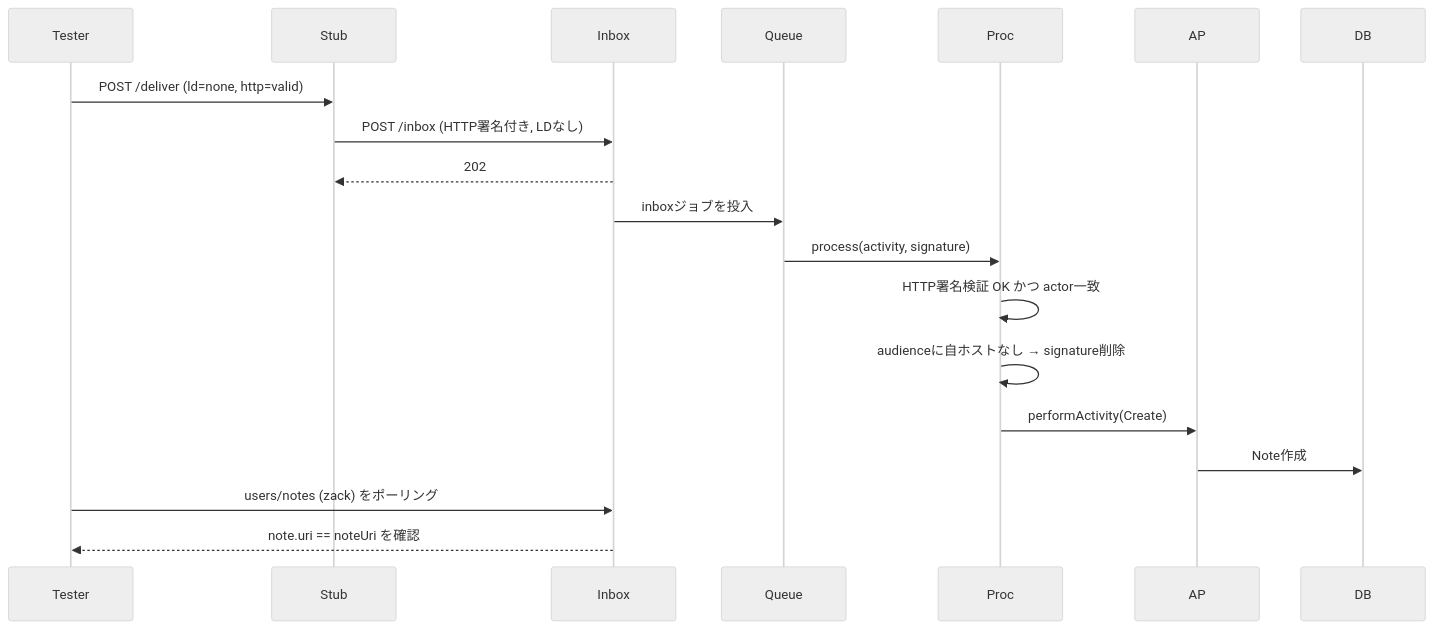
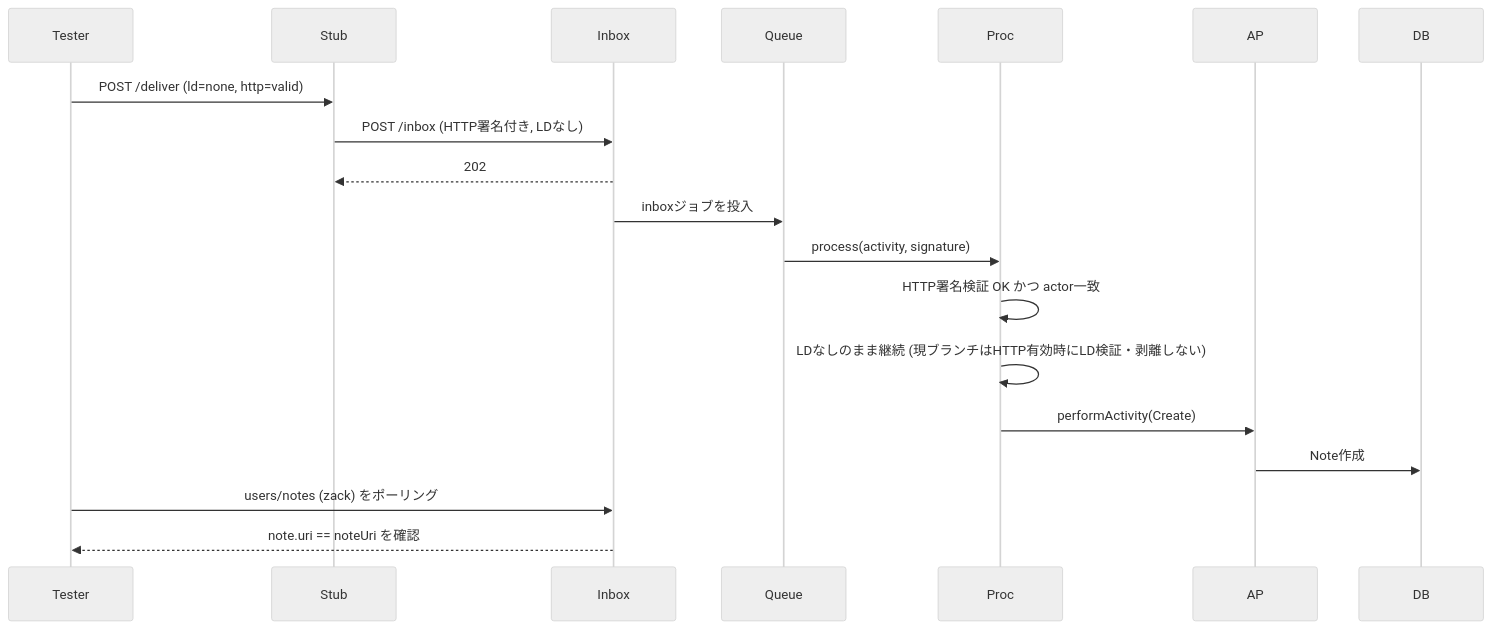
One commit to 4ster1sk/cherrypick changed the first of 11 diagrams in packages/backend/test-federation/test/json-ld-signature.sequence.md. Above: the diagram before and after it, drawn with Mermaid (neutral theme). The commit also changed other lines of this file and 3 other files, not shown here.

````diff
--- a/packages/backend/test-federation/test/json-ld-signature.sequence.md
+++ b/packages/backend/test-federation/test/json-ld-signature.sequence.md
@@ -11,14 +11,14 @@
 ```mermaid
 sequenceDiagram
     Tester->>Stub: POST /deliver (ld=none, http=valid)
     Stub->>Inbox: POST /inbox (HTTP署名付き, LDなし)
     Inbox-->>Stub: 202
     Inbox->>Queue: inboxジョブを投入
     Queue->>Proc: process(activity, signature)
     Proc->>Proc: HTTP署名検証 OK かつ actor一致
-    Proc->>Proc: audienceに自ホストなし → signature削除
+    Proc->>Proc: LDなしのまま継続 (現ブランチはHTTP有効時にLD検証・剥離しない)
     Proc->>AP: performActivity(Create)
     AP->>DB: Note作成
     Tester->>Inbox: users/notes (zack) をポーリング
     Inbox-->>Tester: note.uri == noteUri を確認
 ```
````
